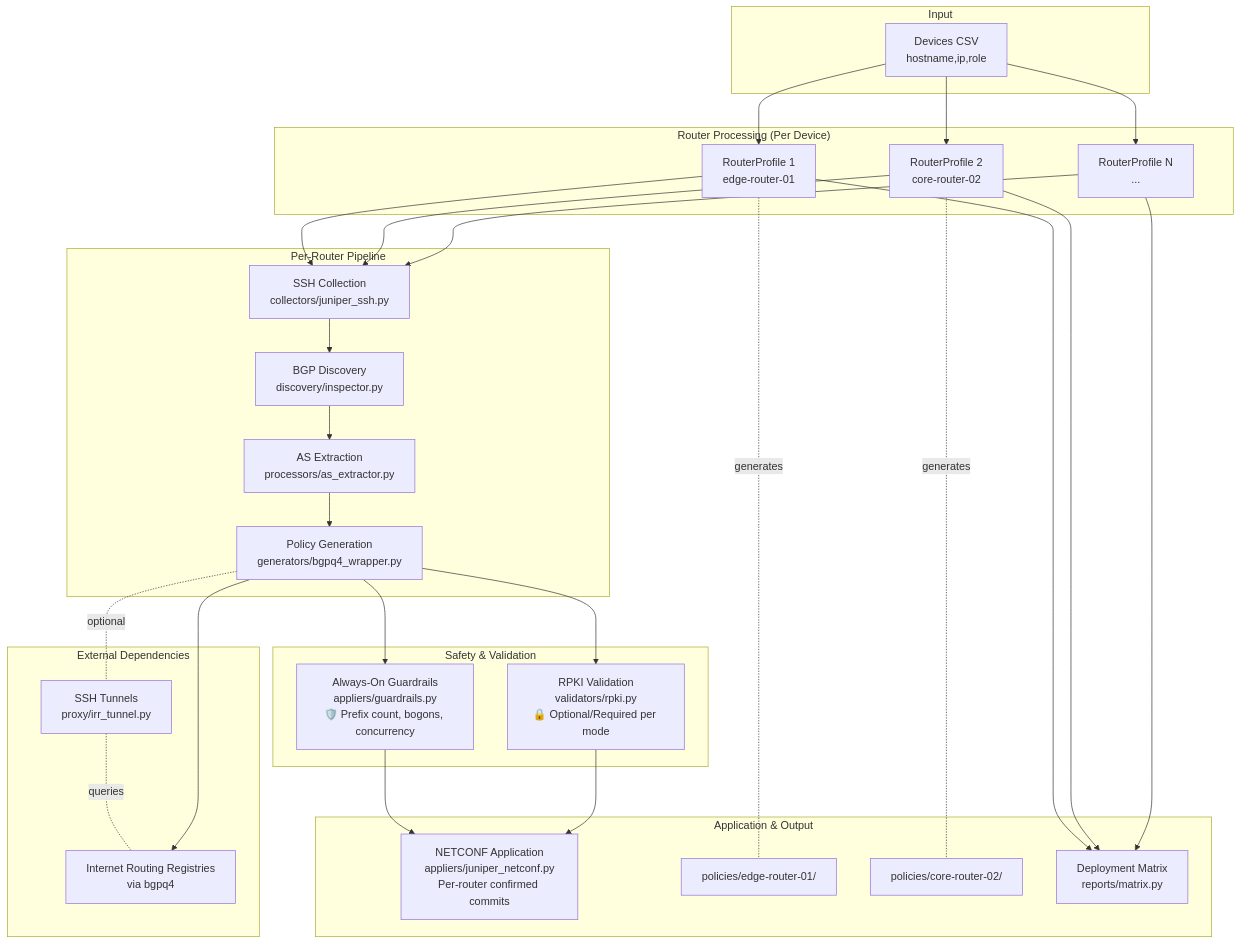
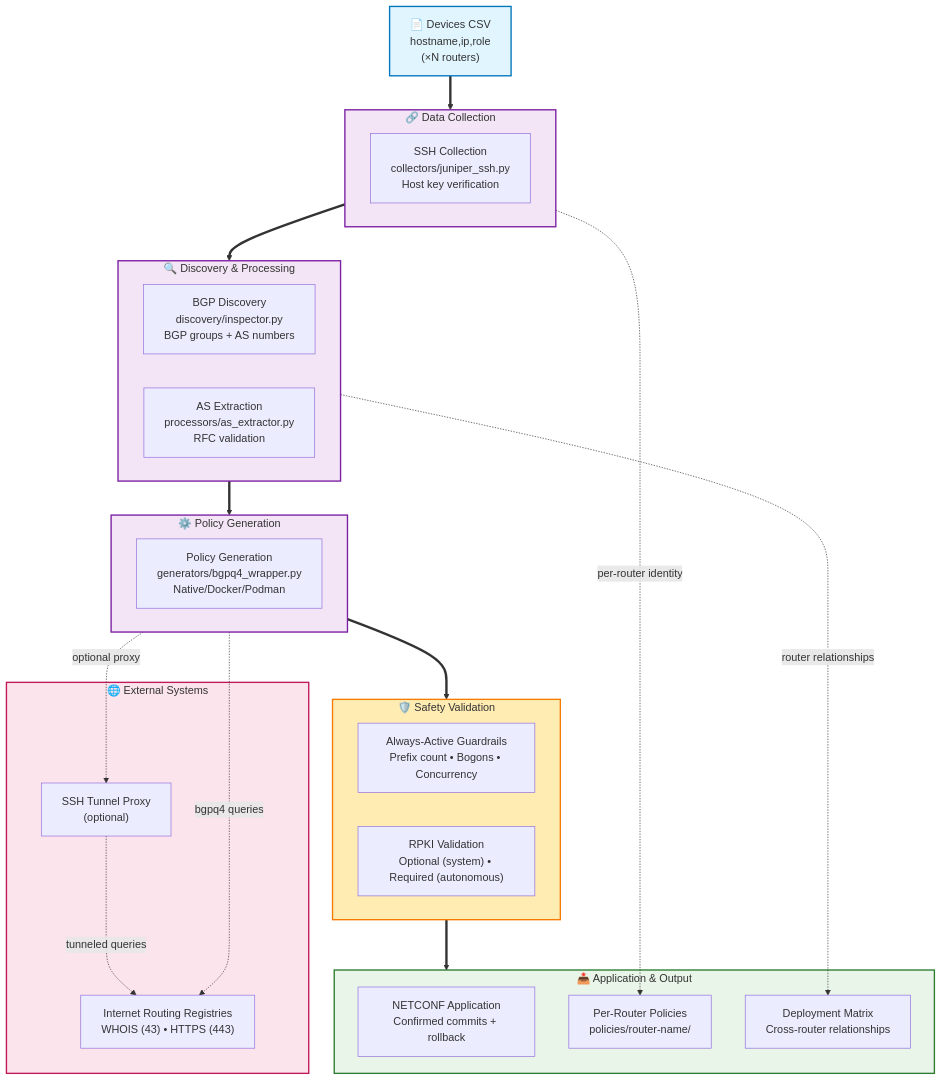
The second of 5 diagrams in docs/EXECUTIVE_SUMMARY.md (networksandchill/otto-bgp), drawn with Mermaid before and after one commit. The commit also changed other lines of this file, not shown here.

First paragraph of the commit message:
docs: Improve architecture diagram clarity while preserving complexity truth
Enhanced executive summary diagrams for better CTO readability:

````diff
--- a/docs/EXECUTIVE_SUMMARY.md
+++ b/docs/EXECUTIVE_SUMMARY.md
@@ -11,61 +39,69 @@
 ```mermaid
 flowchart TB
-  subgraph Input
-    CSV["Devices CSV<br/>hostname,ip,role"]
-  end
-
-  subgraph RouterProc["Router Processing (Per Device)"]
-    RP1["RouterProfile 1<br/>edge-router-01"]
-    RP2["RouterProfile 2<br/>core-router-02"] 
-    RP3["RouterProfile N<br/>..."]
+  %% Input Layer
+  CSV["📄 Devices CSV<br/>hostname,ip,role<br/>(×N routers)"]
+  
+  %% Processing Layer - Organized by Function
+  subgraph COLLECT["🔗 Data Collection"]
+    SSH["SSH Collection<br/>collectors/juniper_ssh.py<br/>Host key verification"]
   end
   
-  subgraph Pipeline["Per-Router Pipeline"]
-    SSH["SSH Collection<br/>collectors/juniper_ssh.py"]
-    DISC["BGP Discovery<br/>discovery/inspector.py"]
-    AS["AS Extraction<br/>processors/as_extractor.py"]
-    POL["Policy Generation<br/>generators/bgpq4_wrapper.py"]
+  subgraph DISCOVER["🔍 Discovery & Processing"]
+    DISC["BGP Discovery<br/>discovery/inspector.py<br/>BGP groups + AS numbers"]
+    AS["AS Extraction<br/>processors/as_extractor.py<br/>RFC validation"]
   end
-
-  subgraph Safety["Safety & Validation"]
-    GUARD["Always-On Guardrails<br/>appliers/guardrails.py<br/>🛡️ Prefix count, bogons, concurrency"]
-    RPKI["RPKI Validation<br/>validators/rpki.py<br/>🔒 Optional/Required per mode"]
+  
+  subgraph GENERATE["⚙️ Policy Generation"]
+    POL["Policy Generation<br/>generators/bgpq4_wrapper.py<br/>Native/Docker/Podman"]
   end
-
-  subgraph Output["Application & Output"]
-    NET["NETCONF Application<br/>appliers/juniper_netconf.py<br/>Per-router confirmed commits"]
-    OUT1["policies/edge-router-01/"]
-    OUT2["policies/core-router-02/"]
-    MATRIX["Deployment Matrix<br/>reports/matrix.py"]
+  
+  %% Safety Layer - Overlay
+  subgraph SAFETY["🛡️ Safety Validation"]
+    GUARD["Always-Active Guardrails<br/>Prefix count • Bogons • Concurrency"]
+    RPKI["RPKI Validation<br/>Optional (system) • Required (autonomous)"]
   end
-
-  subgraph External["External Dependencies"]
-    IRR["Internet Routing Registries<br/>via bgpq4"]
-    PROXY["SSH Tunnels<br/>proxy/irr_tunnel.py"]
+  
+  %% Output Layer
+  subgraph OUTPUT["📤 Application & Output"]
+    NET["NETCONF Application<br/>Confirmed commits + rollback"]
+    FILES["Per-Router Policies<br/>policies/router-name/"]
+    MATRIX["Deployment Matrix<br/>Cross-router relationships"]
   end
-
-  CSV --> RP1
-  CSV --> RP2
-  CSV --> RP3
   
-  RP1 --> SSH
-  RP2 --> SSH  
-  RP3 --> SSH
+  %% External Dependencies
+  subgraph EXTERNAL["🌐 External Systems"]
+    IRR["Internet Routing Registries<br/>WHOIS (43) • HTTPS (443)"]
+    PROXY["SSH Tunnel Proxy<br/>(optional)"]
+  end
   
-  SSH --> DISC --> AS --> POL
+  %% Main Data Flow
+  CSV ==> COLLECT
+  COLLECT ==> DISCOVER
+  DISCOVER ==> GENERATE
   
-  POL --> GUARD
-  POL --> RPKI
-  GUARD --> NET
-  RPKI --> NET
+  %% Safety Validation
+  GENERATE ==> SAFETY
+  SAFETY ==> OUTPUT
   
-  RP1 -.generates.- OUT1
-  RP2 -.generates.- OUT2
-  RP1 --> MATRIX
-  RP2 --> MATRIX
-  RP3 --> MATRIX
+  %% External Dependencies
+  GENERATE -.->|bgpq4 queries| IRR
+  GENERATE -.->|optional proxy| PROXY
+  PROXY -.->|tunneled queries| IRR
   
-  POL -.optional.- PROXY
-  PROXY -.queries.- IRR
-  POL --> IRR
+  %% Router-Specific Outputs
+  COLLECT -.->|per-router identity| FILES
+  DISCOVER -.->|router relationships| MATRIX
+  
+  %% Styling
+  classDef inputNode fill:#e1f5fe,stroke:#0277bd,stroke-width:2px
+  classDef processNode fill:#f3e5f5,stroke:#7b1fa2,stroke-width:2px
+  classDef safetyNode fill:#ffecb3,stroke:#f57c00,stroke-width:2px
+  classDef outputNode fill:#e8f5e8,stroke:#2e7d32,stroke-width:2px
+  classDef externalNode fill:#fce4ec,stroke:#c2185b,stroke-width:2px
+  
+  class CSV inputNode
+  class COLLECT,DISCOVER,GENERATE processNode
+  class SAFETY safetyNode
+  class OUTPUT outputNode
+  class EXTERNAL externalNode
 ```
````
